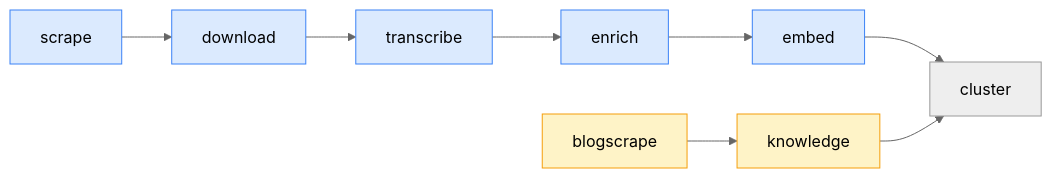
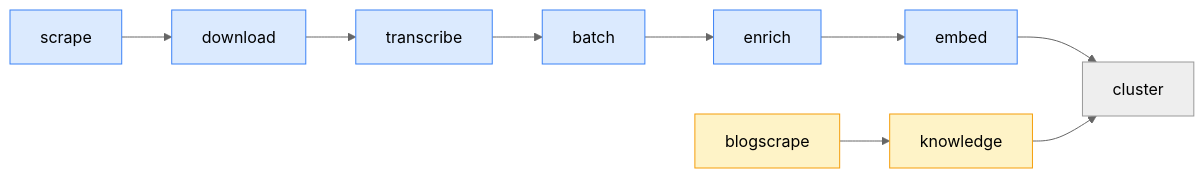
The first of 2 diagrams in documentation/low-level/02-pipeline.md (Giuseppescaffid1/medycabrain), drawn with Mermaid (neutral theme) before and after one commit. The commit also changed other lines of this file and 17 other files, not shown here.

````diff
--- a/documentation/low-level/02-pipeline.md
+++ b/documentation/low-level/02-pipeline.md
@@ -25,9 +25,9 @@
 ```mermaid
 flowchart LR
-    scrape --> download --> transcribe --> enrich --> embed --> cluster
+    scrape --> download --> transcribe --> batch --> enrich --> embed --> cluster
     blogscrape --> knowledge --> cluster
     classDef reel fill:#dbeafe,stroke:#3b82f6;
     classDef blog fill:#fef3c7,stroke:#f59e0b;
-    class scrape,download,transcribe,enrich,embed reel;
+    class scrape,download,transcribe,batch,enrich,embed reel;
     class blogscrape,knowledge blog;
 ```
````
